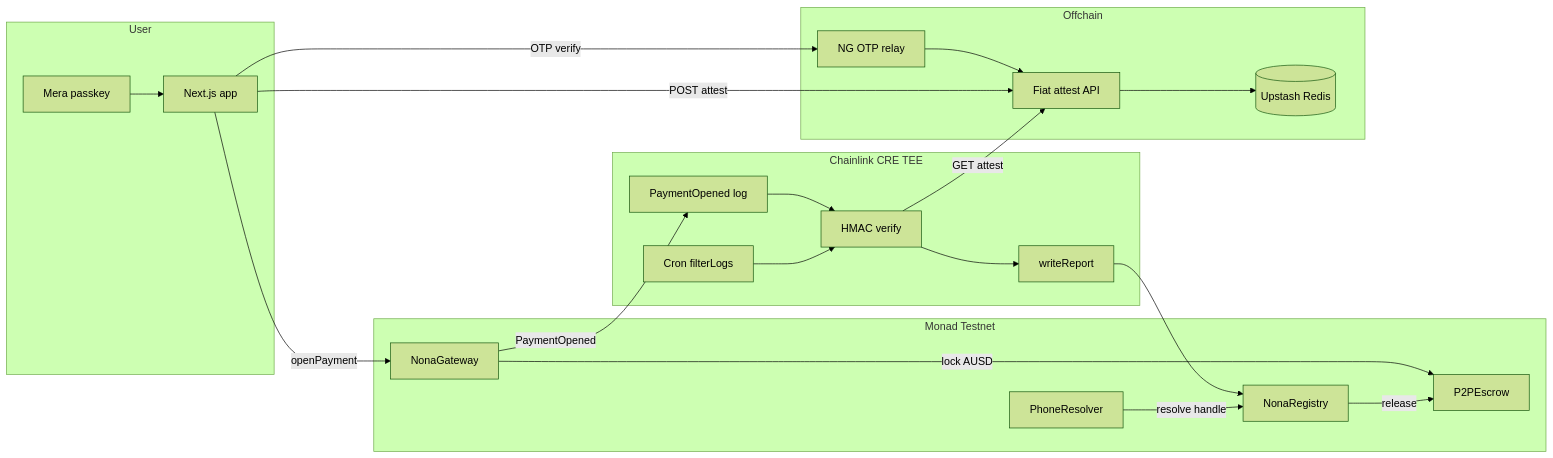
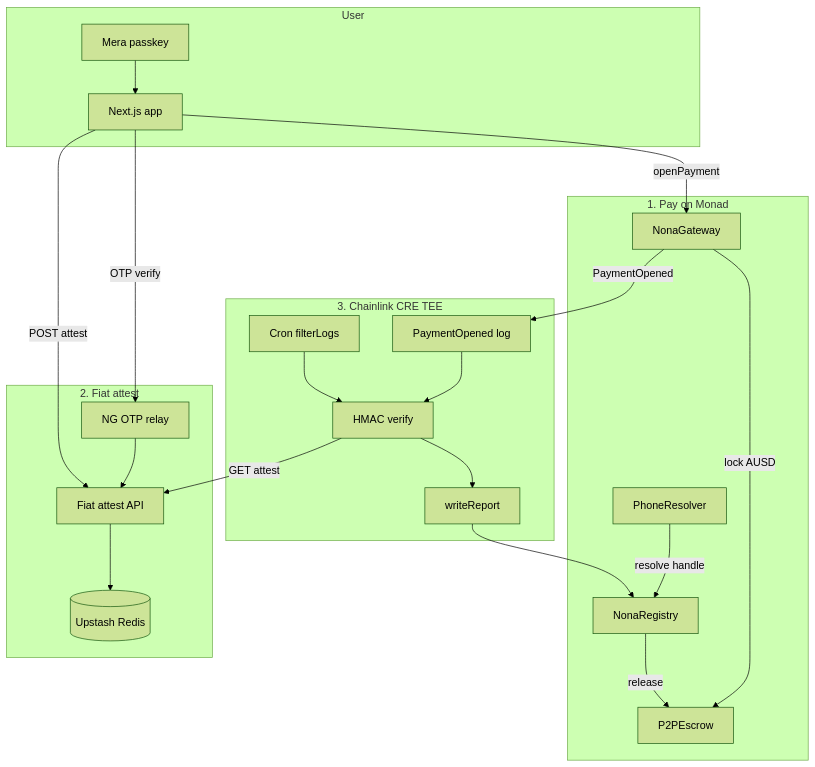
The diagram in README.md (emarc99/nonad-pay), drawn with Mermaid (forest theme) before and after one commit.

Commit message:
docs: make README architecture flowchart top-to-bottom
Vertical TB layout with numbered Pay / Attest / CRE stages so the
settlement path reads clearly on GitHub.

````diff
--- a/README.md
+++ b/README.md
@@ -24,43 +24,46 @@
 ```mermaid
-flowchart LR
+flowchart TB
   subgraph User
     PK[Mera passkey]
     UI[Next.js app]
   end
 
-  subgraph Monad[Monad Testnet]
+  PK --> UI
+
+  subgraph Pay[1. Pay on Monad]
     GW[NonaGateway]
     ESC[P2PEscrow]
     RES[PhoneResolver]
     REG[NonaRegistry]
   end
 
-  subgraph Offchain
+  UI -->|openPayment| GW
+  GW -->|lock AUSD| ESC
+  RES -->|resolve handle| REG
+
+  subgraph Attest[2. Fiat attest]
     OTP[NG OTP relay]
     RELAY[Fiat attest API]
     KV[(Upstash Redis)]
   end
 
-  subgraph CRE[Chainlink CRE TEE]
+  UI -->|OTP verify| OTP
+  OTP --> RELAY
+  UI -->|POST attest| RELAY
+  RELAY --> KV
+
+  subgraph CRE[3. Chainlink CRE TEE]
     LOG[PaymentOpened log]
     CRON[Cron filterLogs]
     TEE[HMAC verify]
     WR[writeReport]
   end
 
-  PK --> UI
-  UI -->|openPayment| GW
-  GW -->|lock AUSD| ESC
   GW -->|PaymentOpened| LOG
-  UI -->|OTP verify| OTP
-  OTP --> RELAY
-  RELAY --> KV
-  UI -->|POST attest| RELAY
   LOG --> TEE
   CRON --> TEE
   TEE -->|GET attest| RELAY
   TEE --> WR
   WR --> REG
   REG -->|release| ESC
-  RES -->|resolve handle| REG
 ```
````
